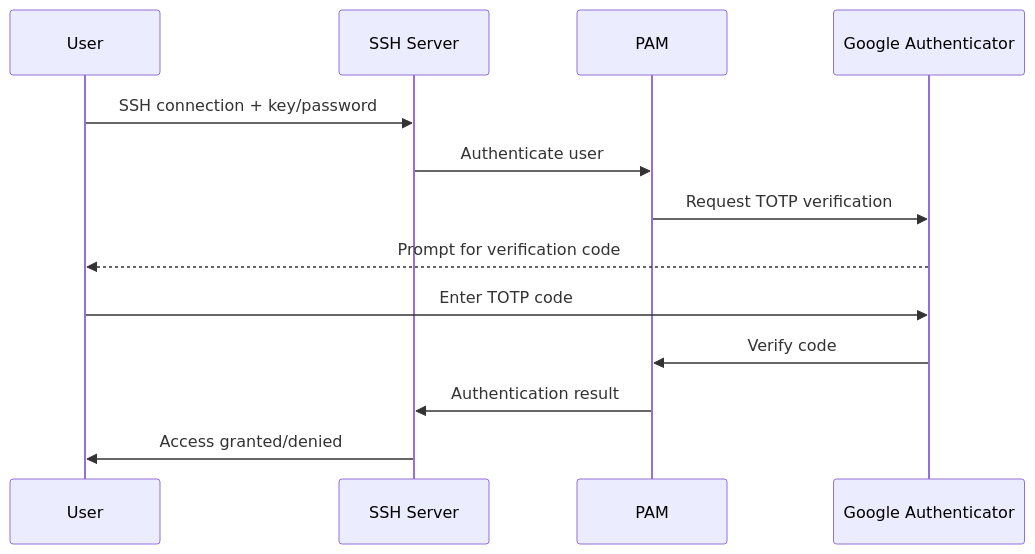
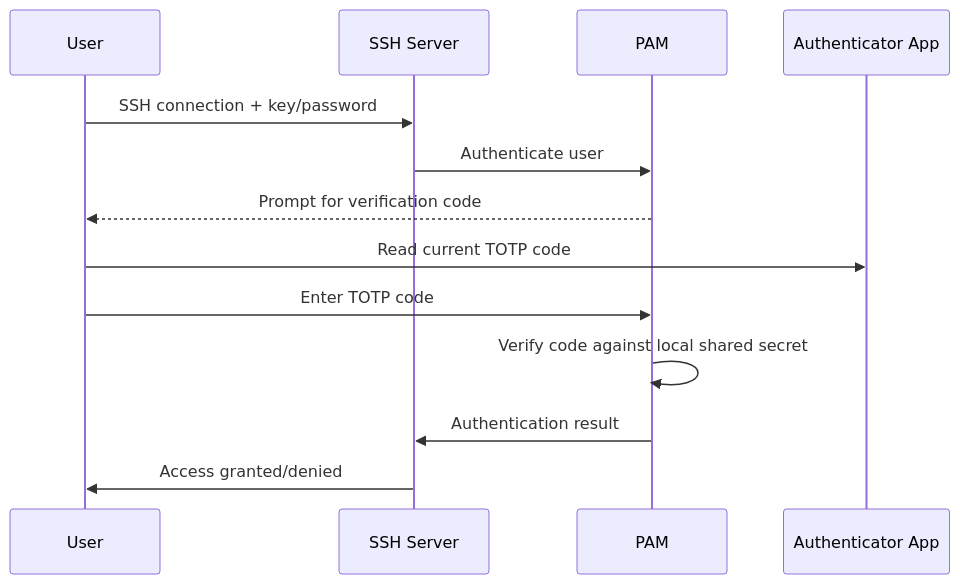
One commit to OneUptime/blog changed the diagram in posts/2026-02-21-how-to-use-ansible-to-set-up-two-factor-authentication/README.md. Above: the diagram before and after it, drawn with Mermaid. The commit also changed other lines of this file and 2 other files, not shown here.

````diff
--- a/posts/2026-02-21-how-to-use-ansible-to-set-up-two-factor-authentication/README.md
+++ b/posts/2026-02-21-how-to-use-ansible-to-set-up-two-factor-authentication/README.md
@@ -21,15 +21,15 @@
 ```mermaid
 sequenceDiagram
     participant User
     participant SSH Server
     participant PAM
-    participant Google Authenticator
+    participant Authenticator App
     User->>SSH Server: SSH connection + key/password
     SSH Server->>PAM: Authenticate user
-    PAM->>Google Authenticator: Request TOTP verification
-    Google Authenticator-->>User: Prompt for verification code
-    User->>Google Authenticator: Enter TOTP code
-    Google Authenticator->>PAM: Verify code
+    PAM-->>User: Prompt for verification code
+    User->>Authenticator App: Read current TOTP code
+    User->>PAM: Enter TOTP code
+    PAM->>PAM: Verify code against local shared secret
     PAM->>SSH Server: Authentication result
     SSH Server->>User: Access granted/denied
 ```
````
